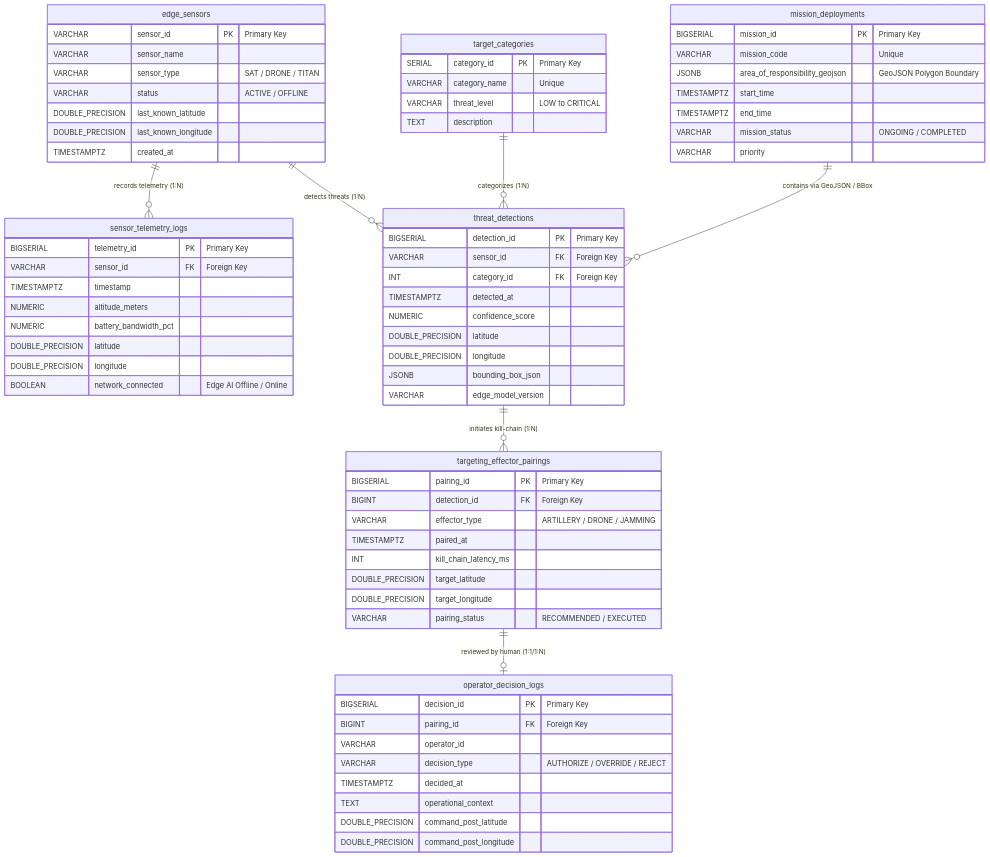
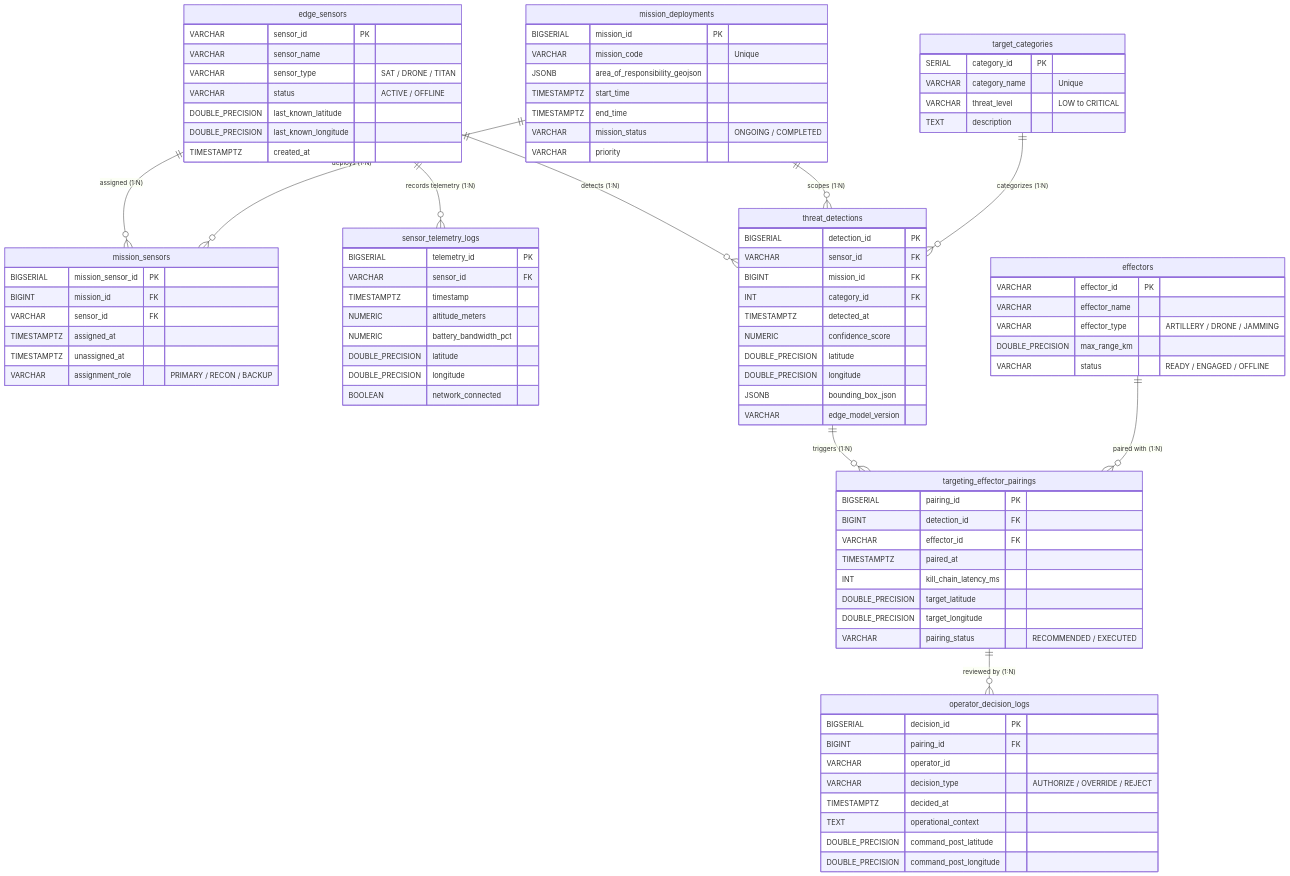
The first of 2 diagrams in README.md (orizynpx/bi-palantir-db), drawn with Mermaid before and after one commit. The commit also changed other lines of this file, not shown here.

Commit message:
docs: updated schema & added dimensional modelling

````diff
--- a/README.md
+++ b/README.md
@@ -7,14 +7,17 @@
 ```mermaid
 erDiagram
+    edge_sensors ||--o{ mission_sensors : "assigned (1:N)"
+    mission_deployments ||--o{ mission_sensors : "deploys (1:N)"
     edge_sensors ||--o{ sensor_telemetry_logs : "records telemetry (1:N)"
-    edge_sensors ||--o{ threat_detections : "detects threats (1:N)"
+    edge_sensors ||--o{ threat_detections : "detects (1:N)"
+    mission_deployments ||--o{ threat_detections : "scopes (1:N)"
     target_categories ||--o{ threat_detections : "categorizes (1:N)"
-    threat_detections ||--o{ targeting_effector_pairings : "initiates kill-chain (1:N)"
-    targeting_effector_pairings ||--o| operator_decision_logs : "reviewed by human (1:1/1:N)"
-    mission_deployments ||--o{ threat_detections : "contains via GeoJSON / BBox"
+    threat_detections ||--o{ targeting_effector_pairings : "triggers (1:N)"
+    effectors ||--o{ targeting_effector_pairings : "paired with (1:N)"
+    targeting_effector_pairings ||--o{ operator_decision_logs : "reviewed by (1:N)"
 
     edge_sensors {
-        VARCHAR sensor_id PK "Primary Key"
+        VARCHAR sensor_id PK
         VARCHAR sensor_name
         VARCHAR sensor_type "SAT / DRONE / TITAN"
         VARCHAR status "ACTIVE / OFFLINE"
@@ -23,28 +26,48 @@
         TIMESTAMPTZ created_at
     }
 
+    mission_deployments {
+        BIGSERIAL mission_id PK
+        VARCHAR mission_code "Unique"
+        JSONB area_of_responsibility_geojson
+        TIMESTAMPTZ start_time
+        TIMESTAMPTZ end_time
+        VARCHAR mission_status "ONGOING / COMPLETED"
+        VARCHAR priority
+    }
+
+    mission_sensors {
+        BIGSERIAL mission_sensor_id PK
+        BIGINT mission_id FK
+        VARCHAR sensor_id FK
+        TIMESTAMPTZ assigned_at
+        TIMESTAMPTZ unassigned_at
+        VARCHAR assignment_role "PRIMARY / RECON / BACKUP"
+    }
+
     target_categories {
-        SERIAL category_id PK "Primary Key"
+        SERIAL category_id PK
         VARCHAR category_name "Unique"
         VARCHAR threat_level "LOW to CRITICAL"
         TEXT description
     }
 
     sensor_telemetry_logs {
-        BIGSERIAL telemetry_id PK "Primary Key"
-        VARCHAR sensor_id FK "Foreign Key"
+        BIGSERIAL telemetry_id PK
+        VARCHAR sensor_id FK
         TIMESTAMPTZ timestamp
         NUMERIC altitude_meters
         NUMERIC battery_bandwidth_pct
         DOUBLE_PRECISION latitude
         DOUBLE_PRECISION longitude
-        BOOLEAN network_connected "Edge AI Offline / Online"
+        BOOLEAN network_connected
     }
 
     threat_detections {
-        BIGSERIAL detection_id PK "Primary Key"
-        VARCHAR sensor_id FK "Foreign Key"
-        INT category_id FK "Foreign Key"
+        BIGSERIAL detection_id PK
+        VARCHAR sensor_id FK
+        BIGINT mission_id FK
+        INT category_id FK
         TIMESTAMPTZ detected_at
         NUMERIC confidence_score
         DOUBLE_PRECISION latitude
@@ -53,10 +76,18 @@
         VARCHAR edge_model_version
     }
 
+    effectors {
+        VARCHAR effector_id PK
+        VARCHAR effector_name
+        VARCHAR effector_type "ARTILLERY / DRONE / JAMMING"
+        DOUBLE_PRECISION max_range_km
+        VARCHAR status "READY / ENGAGED / OFFLINE"
+    }
+
     targeting_effector_pairings {
-        BIGSERIAL pairing_id PK "Primary Key"
-        BIGINT detection_id FK "Foreign Key"
-        VARCHAR effector_type "ARTILLERY / DRONE / JAMMING"
+        BIGSERIAL pairing_id PK
+        BIGINT detection_id FK
+        VARCHAR effector_id FK
         TIMESTAMPTZ paired_at
         INT kill_chain_latency_ms
         DOUBLE_PRECISION target_latitude
@@ -65,8 +96,8 @@
     }
 
     operator_decision_logs {
-        BIGSERIAL decision_id PK "Primary Key"
-        BIGINT pairing_id FK "Foreign Key"
+        BIGSERIAL decision_id PK
+        BIGINT pairing_id FK
         VARCHAR operator_id
         VARCHAR decision_type "AUTHORIZE / OVERRIDE / REJECT"
         TIMESTAMPTZ decided_at
@@ -74,14 +105,4 @@
         DOUBLE_PRECISION command_post_latitude
         DOUBLE_PRECISION command_post_longitude
     }
-
-    mission_deployments {
-        BIGSERIAL mission_id PK "Primary Key"
-        VARCHAR mission_code "Unique"
-        JSONB area_of_responsibility_geojson "GeoJSON Polygon Boundary"
-        TIMESTAMPTZ start_time
-        TIMESTAMPTZ end_time
-        VARCHAR mission_status "ONGOING / COMPLETED"
-        VARCHAR priority
-    }
 ```
````
